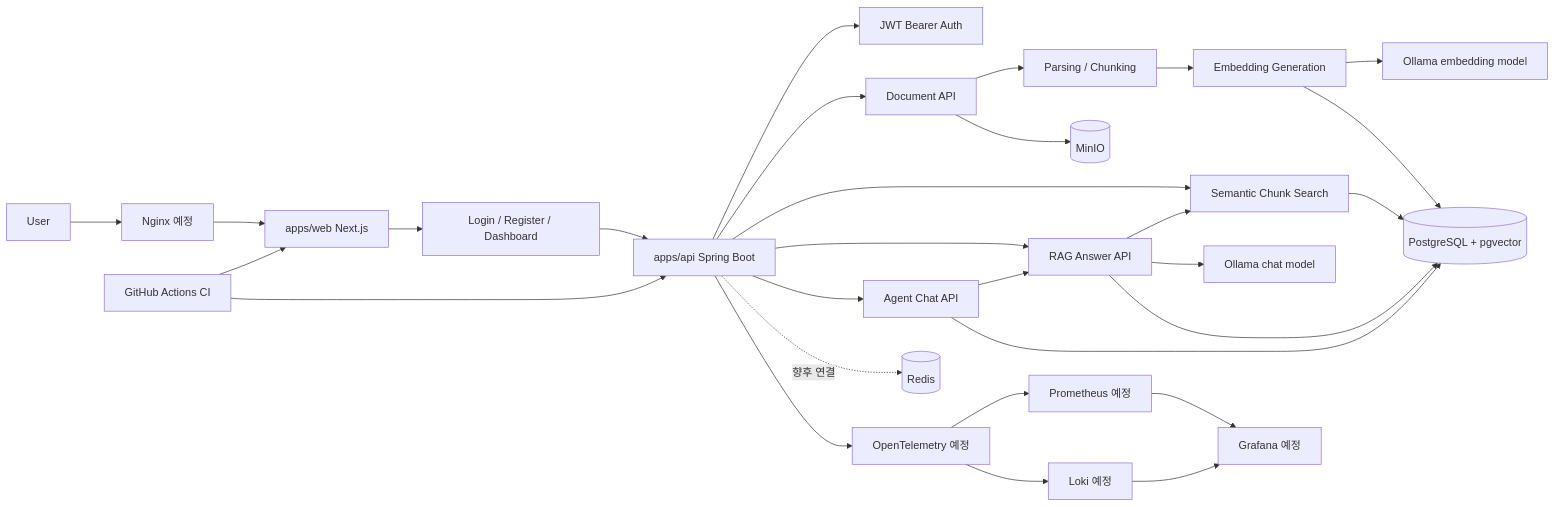
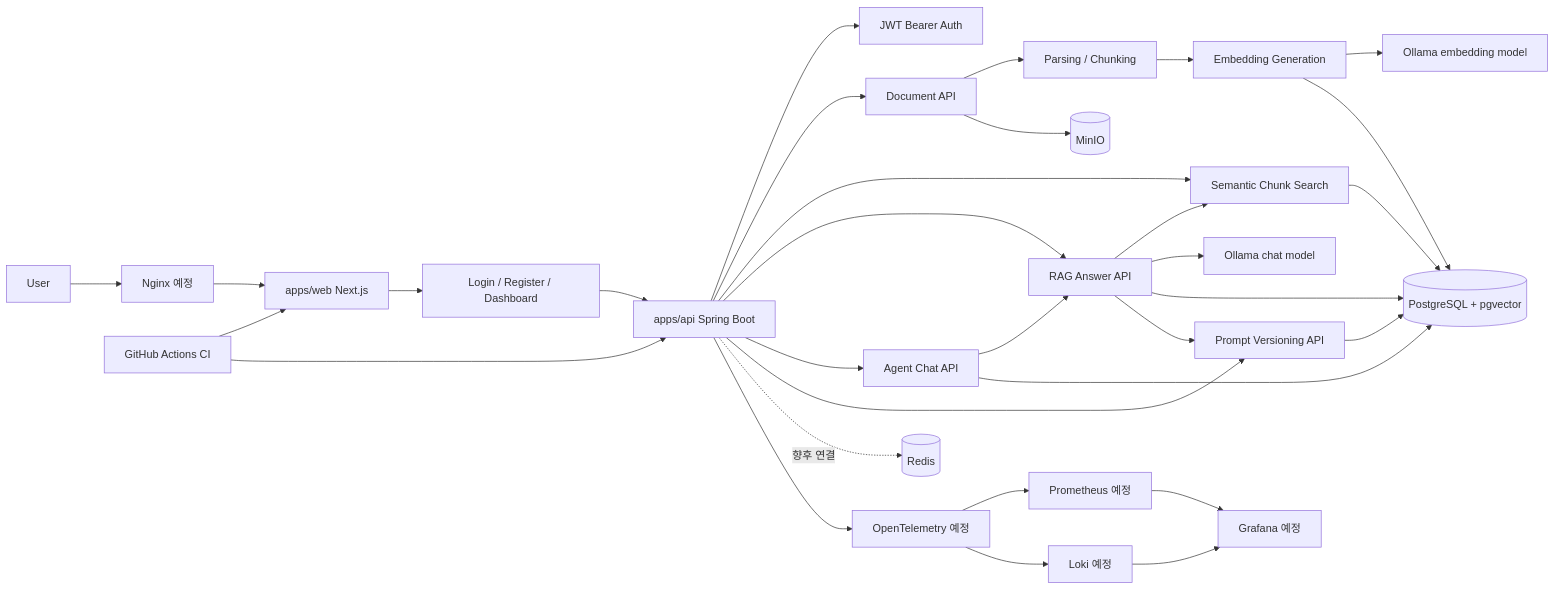
The diagram in docs/architecture.md (jhjung3072/assistops-free), drawn with Mermaid before and after one commit. The commit also changed other lines of this file and 55 other files, not shown here.

````diff
--- a/docs/architecture.md
+++ b/docs/architecture.md
@@ -31,31 +33,34 @@
 ```mermaid
 flowchart LR
   user[User] --> nginx[Nginx 예정]
   nginx --> web[apps/web Next.js]
   web --> authUi[Login / Register / Dashboard]
   authUi --> api[apps/api Spring Boot]
   api --> auth[JWT Bearer Auth]
   api --> documents[Document API]
   documents --> parsing[Parsing / Chunking]
   parsing --> embedding[Embedding Generation]
   embedding --> ollama[Ollama embedding model]
   embedding --> postgres[(PostgreSQL + pgvector)]
   api --> search[Semantic Chunk Search]
   search --> postgres
   api --> rag[RAG Answer API]
   rag --> search
   rag --> ollamaChat[Ollama chat model]
   rag --> postgres
   api --> agent[Agent Chat API]
   agent --> rag
   agent --> postgres
+  api --> prompts[Prompt Versioning API]
+  prompts --> postgres
+  rag --> prompts
   documents --> minio[(MinIO)]
   api -. 향후 연결 .-> redis[(Redis)]
   api --> otel[OpenTelemetry 예정]
   otel --> prometheus[Prometheus 예정]
   otel --> loki[Loki 예정]
   prometheus --> grafana[Grafana 예정]
   loki --> grafana
   github[GitHub Actions CI] --> web
   github --> api
 ```
````
